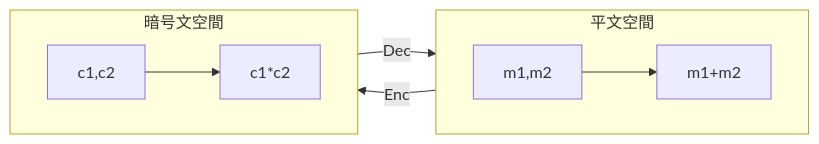
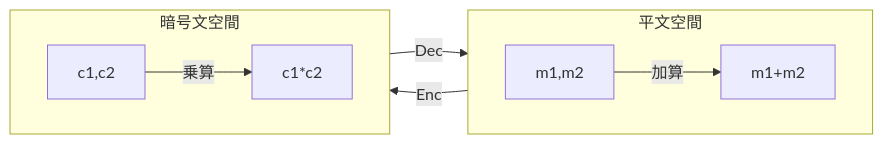
The diagram in inputs/introduction.md (zk-tokyo/presentation-agent), drawn with Mermaid before and after one commit. The commit also changed other lines of this file, not shown here.

````diff
--- a/inputs/introduction.md
+++ b/inputs/introduction.md
@@ -63,13 +63,13 @@
 	  ```mermaid
 		flowchart LR
 			subgraph　平文空間
 				direction LR
-				A[m1,m2] --> B[m1+m2]
+				A[m1,m2] --> |加算| B[m1+m2]
 			end
 			subgraph 暗号文空間
 			    direction LR
-				C[c1,c2] --> D[c1*c2]
+				C[c1,c2] --> |乗算| D[c1*c2]
 			end  
 			A -->|Enc| C
 			D -->|Dec| B
 	  ```
````
